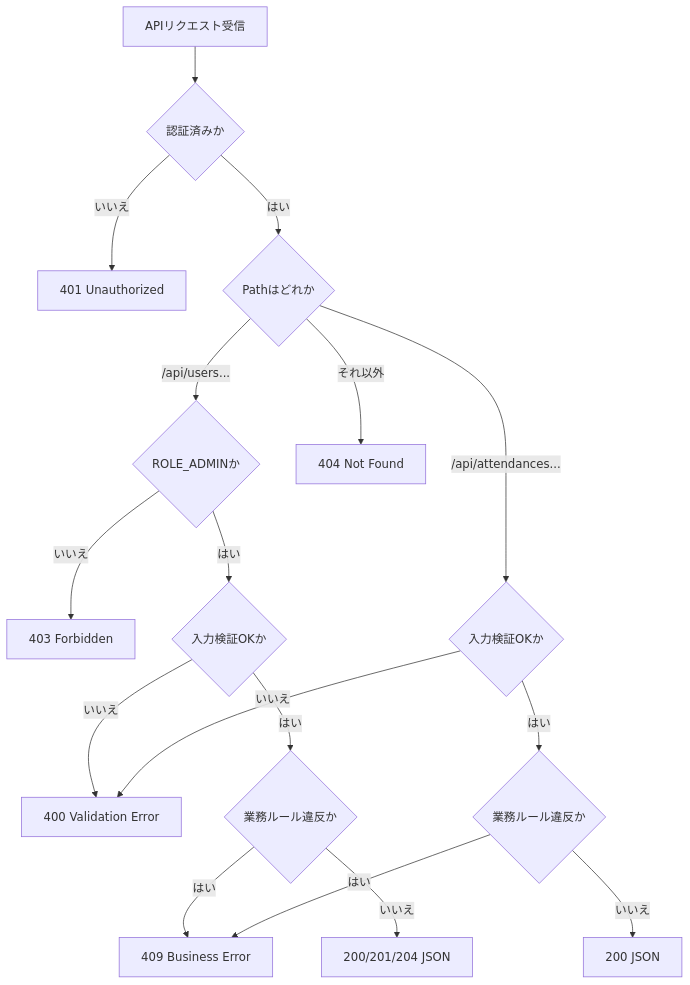
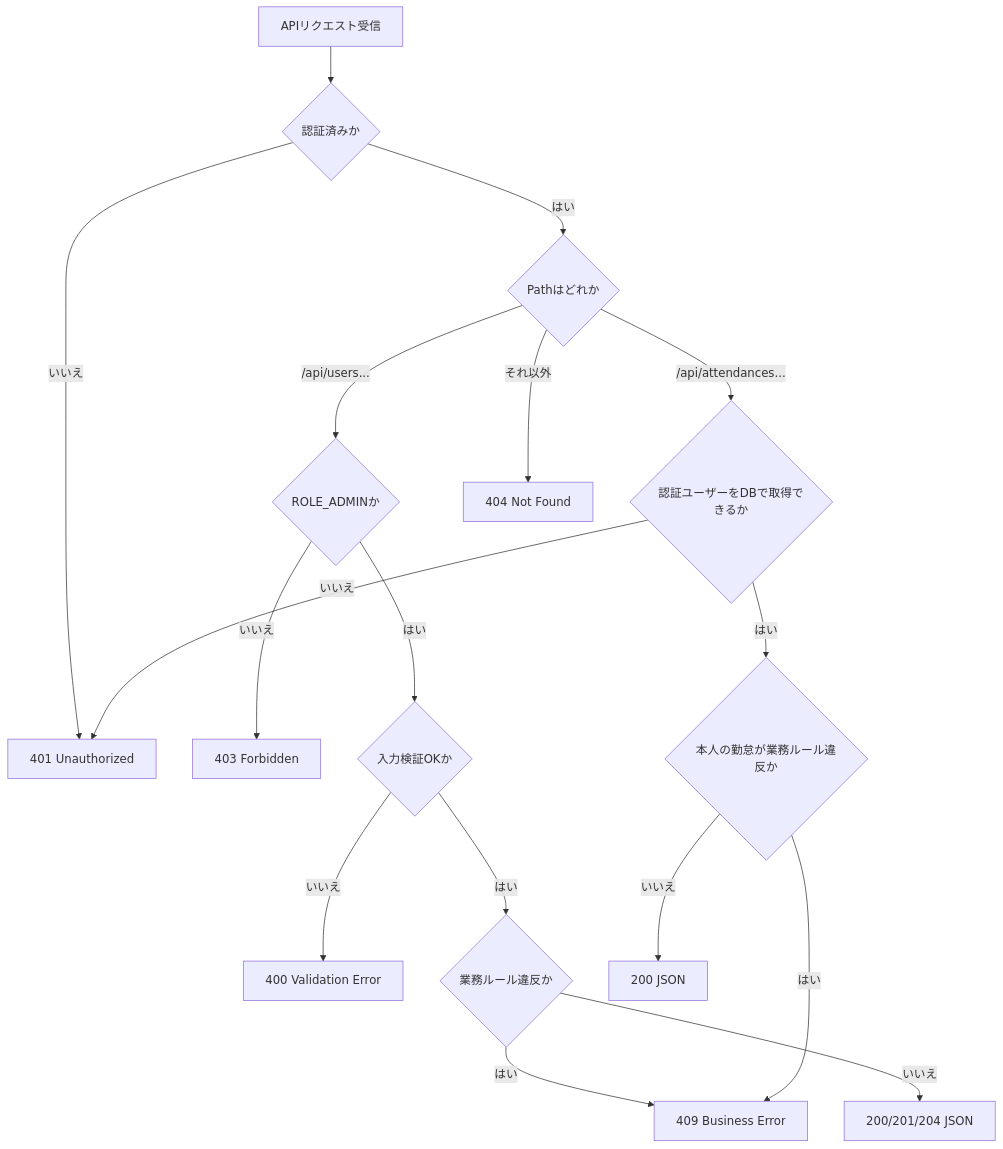
Before and after one commit to kiyomiya38/order-management-springboot: the third of 3 diagrams in docs/curriculum/springboot/lesson08/lesson8.md, drawn with Mermaid. The commit also changed other lines of this file and 118 other files, not shown here.

````diff
--- a/docs/curriculum/springboot/lesson08/lesson8.md
+++ b/docs/curriculum/springboot/lesson08/lesson8.md
@@ -134,22 +135,22 @@
 ```mermaid
 flowchart TD
   A[APIリクエスト受信] --> AUTH{認証済みか}
   AUTH -->|いいえ| E401[401 Unauthorized]
   AUTH -->|はい| P{Pathはどれか}
 
   P -->|/api/users...| R1{ROLE_ADMINか}
   R1 -->|いいえ| E403[403 Forbidden]
   R1 -->|はい| V1{入力検証OKか}
   V1 -->|いいえ| E400[400 Validation Error]
   V1 -->|はい| B1{業務ルール違反か}
   B1 -->|はい| E409[409 Business Error]
   B1 -->|いいえ| OK1[200/201/204 JSON]
 
-  P -->|/api/attendances...| V2{入力検証OKか}
-  V2 -->|いいえ| E400
-  V2 -->|はい| B2{業務ルール違反か}
+  P -->|/api/attendances...| U1{認証ユーザーをDBで取得できるか}
+  U1 -->|いいえ| E401
+  U1 -->|はい| B2{本人の勤怠が業務ルール違反か}
   B2 -->|はい| E409
   B2 -->|いいえ| OK2[200 JSON]
 
   P -->|それ以外| E404[404 Not Found]
 ```
````
